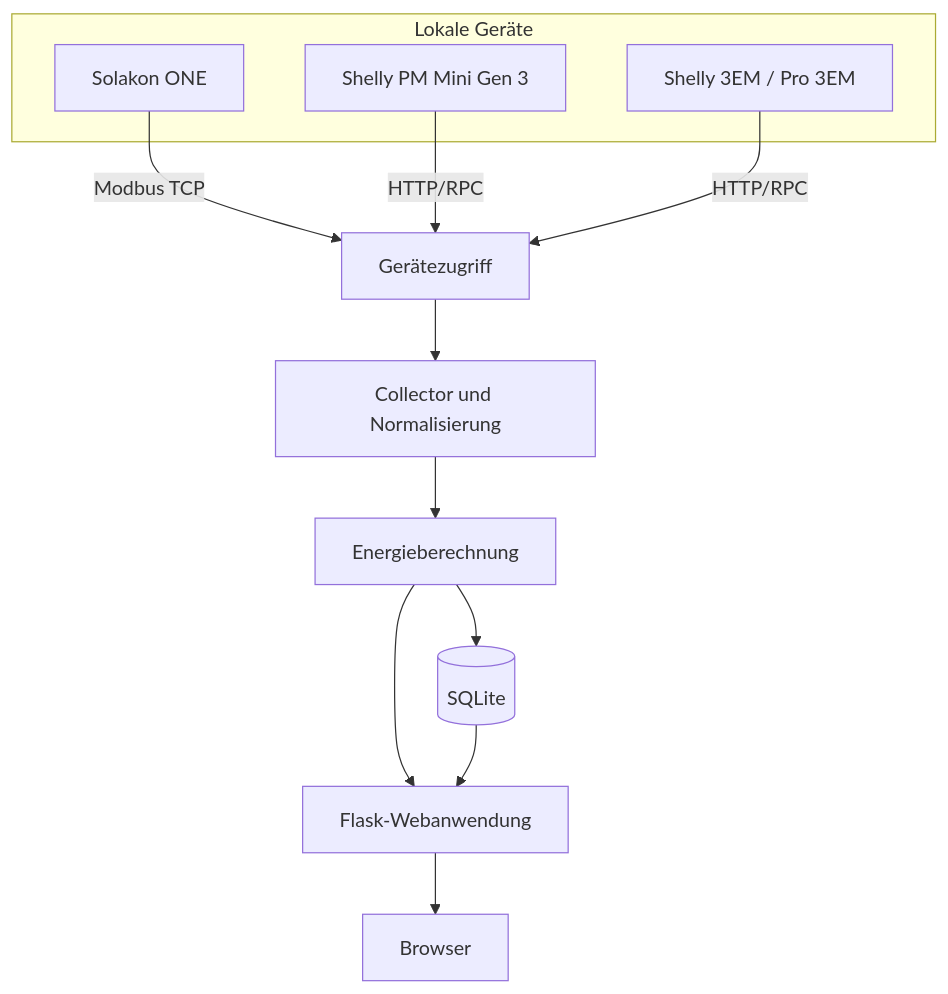
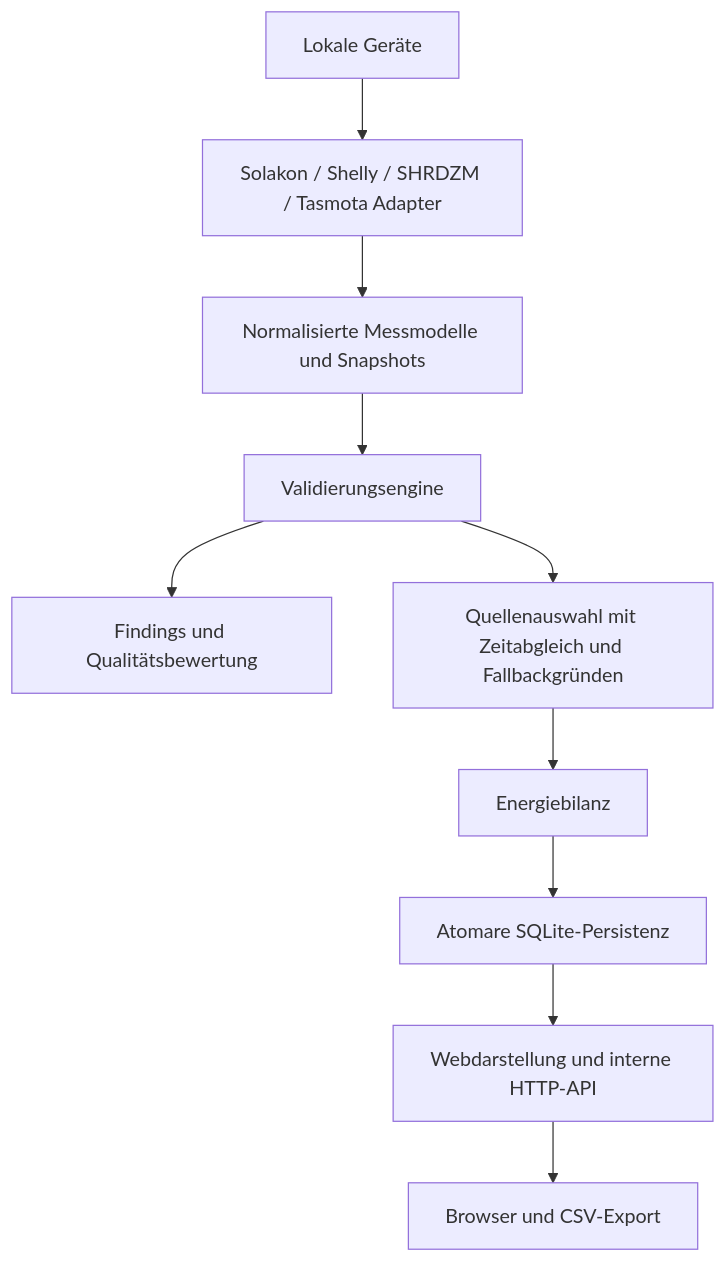
The first of 2 diagrams in docs/architecture.md (zrzavywa/SolarInspector), drawn with Mermaid before and after one commit. The commit also changed other lines of this file and 5 other files, not shown here.

Commit message:
docs: add architecture and documentation quality contracts

````diff
--- a/docs/architecture.md
+++ b/docs/architecture.md
@@ -29,19 +30,12 @@
 ```mermaid
 flowchart TD
-    subgraph Devices[Lokale Geräte]
-        SO[Solakon ONE]
-        SP[Shelly PM Mini Gen 3]
-        SH[Shelly 3EM / Pro 3EM]
-    end
-
-    SO -->|Modbus TCP| DA[Gerätezugriff]
-    SP -->|HTTP/RPC| DA
-    SH -->|HTTP/RPC| DA
-
-    DA --> C[Collector und Normalisierung]
-    C --> E[Energieberechnung]
-    E --> DB[(SQLite)]
-    E --> WEB[Flask-Webanwendung]
-    DB --> WEB
-    WEB --> B[Browser]
+    D[Lokale Geräte] --> A[Solakon / Shelly / SHRDZM / Tasmota Adapter]
+    A --> N[Normalisierte Messmodelle und Snapshots]
+    N --> V[Validierungsengine]
+    V --> F[Findings und Qualitätsbewertung]
+    V --> S[Quellenauswahl mit Zeitabgleich und Fallbackgründen]
+    S --> E[Energiebilanz]
+    E --> P[Atomare SQLite-Persistenz]
+    P --> W[Webdarstellung und interne HTTP-API]
+    W --> U[Browser und CSV-Export]
 ```
````
